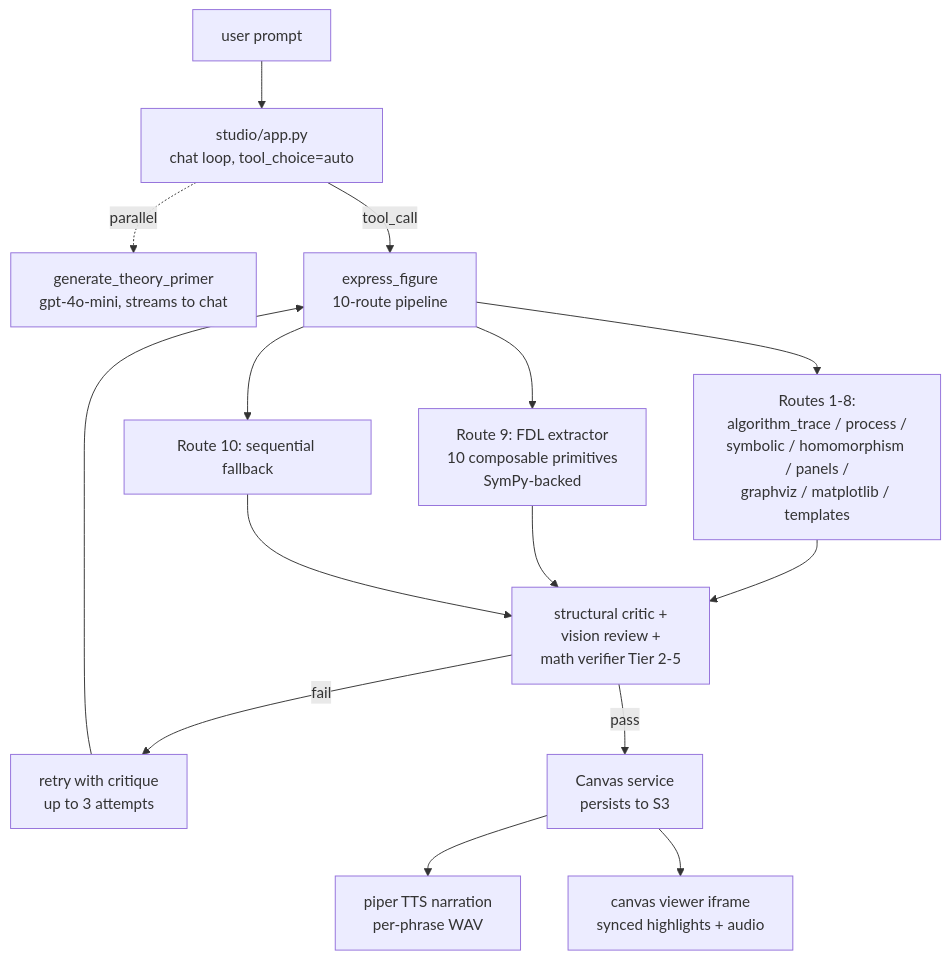
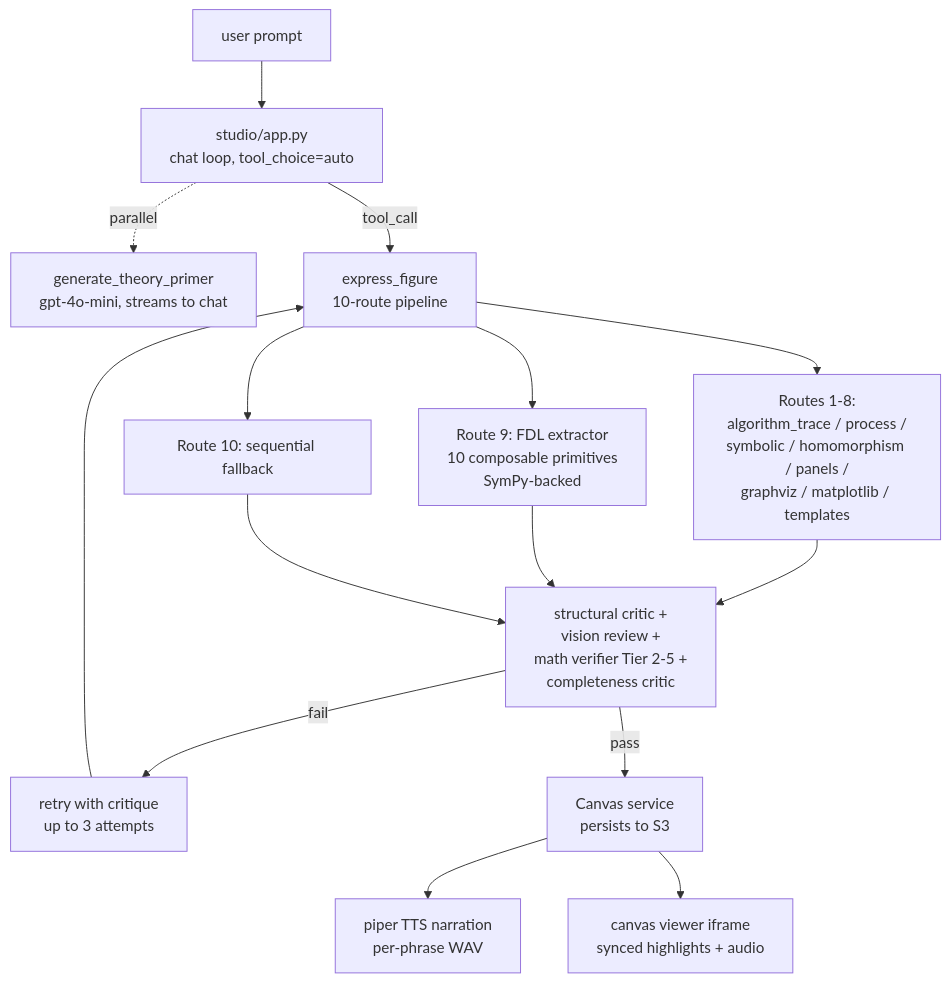
One commit to khayyam-math/khayyam-math changed the diagram in README.md. Above: the diagram before and after it, drawn with Mermaid. The commit also changed other lines of this file and 5 other files, not shown here.

````diff
--- a/README.md
+++ b/README.md
@@ -300,17 +305,17 @@
 ```mermaid
 flowchart TB
     U[user prompt] --> APP[studio/app.py<br/>chat loop, tool_choice=auto]
     APP -.parallel.-> PRIMER[generate_theory_primer<br/>gpt-4o-mini, streams to chat]
     APP -->|tool_call| EXP[express_figure<br/>10-route pipeline]
     EXP --> DET[Routes 1-8:<br/>algorithm_trace / process /<br/>symbolic / homomorphism / panels /<br/>graphviz / matplotlib / templates]
     EXP --> FDL[Route 9: FDL extractor<br/>10 composable primitives<br/>SymPy-backed]
     EXP --> SEQ[Route 10: sequential fallback]
-    DET --> Q[structural critic +<br/>vision review +<br/>math verifier Tier 2-5]
+    DET --> Q[structural critic +<br/>vision review +<br/>math verifier Tier 2-5 +<br/>completeness critic]
     FDL --> Q
     SEQ --> Q
     Q -->|fail| RETRY[retry with critique<br/>up to 3 attempts]
     RETRY --> EXP
     Q -->|pass| CANVAS[Canvas service<br/>persists to S3]
     CANVAS --> PIPER[piper TTS narration<br/>per-phrase WAV]
     CANVAS --> VIEWER[canvas viewer iframe<br/>synced highlights + audio]
 ```
````
